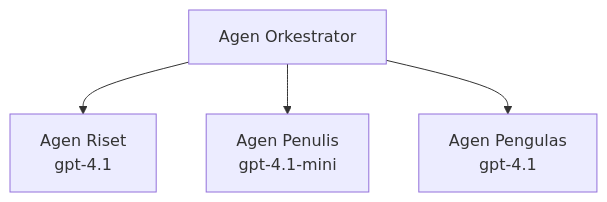
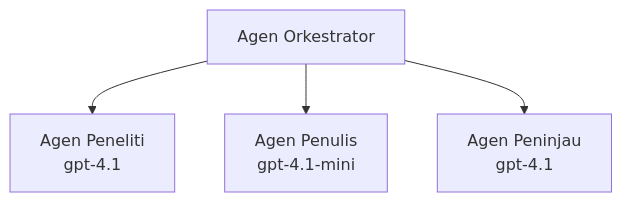
Before and after one commit to microsoft/AZD-for-beginners: the third of 3 diagrams in translations/id/docs/chapter-02-ai-development/agents.md, drawn with Mermaid. The commit also changed other lines of this file and 58 other files, not shown here.

````diff
--- a/translations/id/docs/chapter-02-ai-development/agents.md
+++ b/translations/id/docs/chapter-02-ai-development/agents.md
@@ -201,6 +201,6 @@
 ```mermaid
 graph TD
-    Orchestrator[Agen Orkestrator] --> Research[Agen Riset<br/>gpt-4.1]
+    Orchestrator[Agen Orkestrator] --> Research[Agen Peneliti<br/>gpt-4.1]
     Orchestrator --> Writer[Agen Penulis<br/>gpt-4.1-mini]
-    Orchestrator --> Reviewer[Agen Pengulas<br/>gpt-4.1]
+    Orchestrator --> Reviewer[Agen Peninjau<br/>gpt-4.1]
 ```
````
